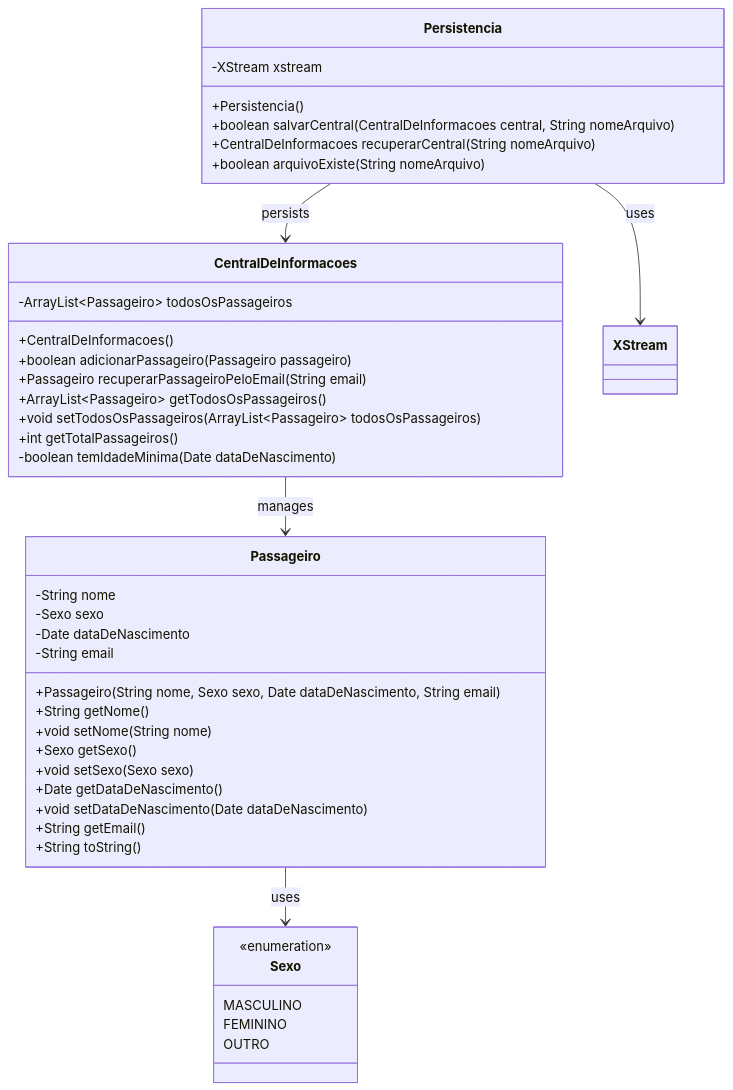
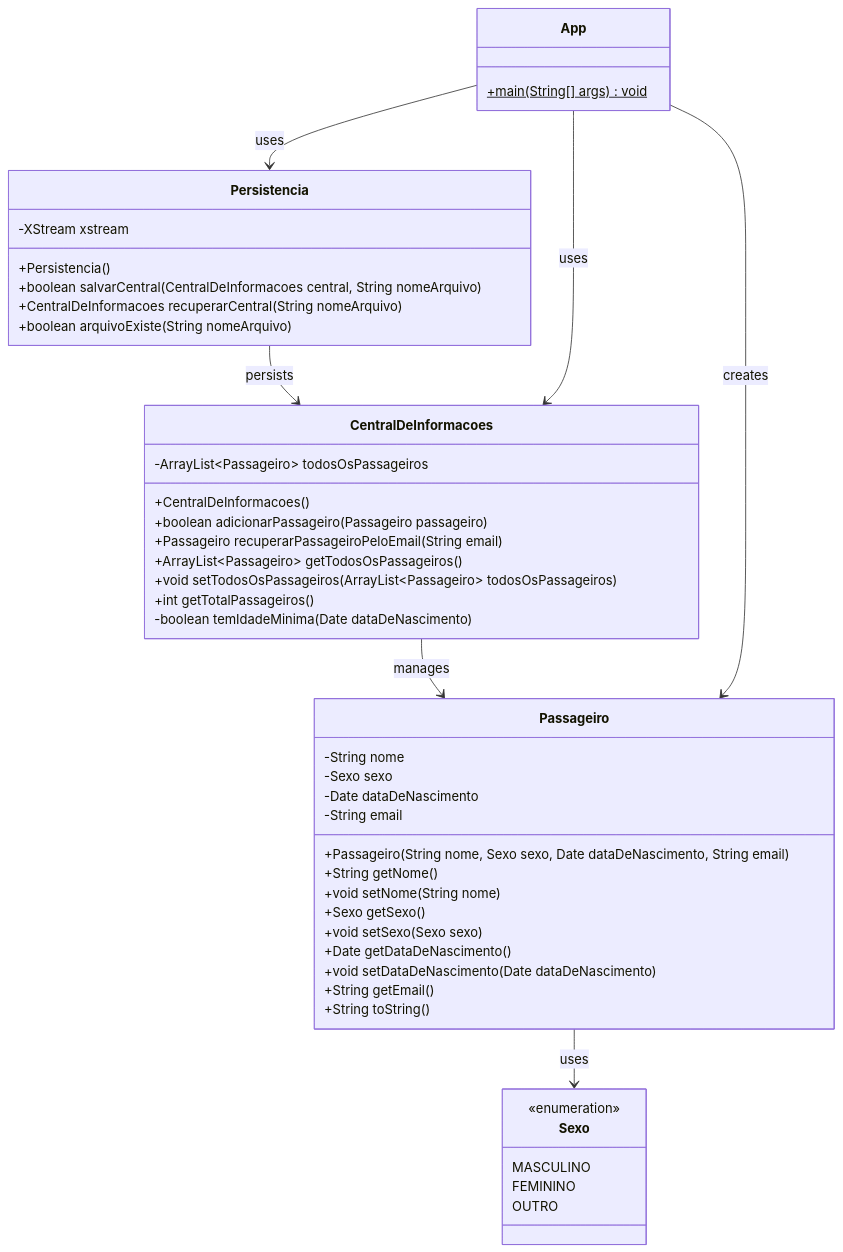
Before and after one commit to DEVigodE/ADS1232: the diagram in lista2/src/main/java/br/com/pucgo/exercicio3/diagrama-uml.mmd, drawn with Mermaid. The commit also changed 28 other files, not shown here.

```diff
--- a/lista2/src/main/java/br/com/pucgo/exercicio3/diagrama-uml.mmd
+++ b/lista2/src/main/java/br/com/pucgo/exercicio3/diagrama-uml.mmd
@@ -1,50 +1,56 @@
 classDiagram
     class Sexo {
         <<enumeration>>
         MASCULINO
         FEMININO
         OUTRO
     }
 
     class Passageiro {
         -String nome
         -Sexo sexo
         -Date dataDeNascimento
         -String email
 
         +Passageiro(String nome, Sexo sexo, Date dataDeNascimento, String email)
         +String getNome()
         +void setNome(String nome)
         +Sexo getSexo()
         +void setSexo(Sexo sexo)
         +Date getDataDeNascimento()
         +void setDataDeNascimento(Date dataDeNascimento)
         +String getEmail()
         +String toString()
     }
 
     class CentralDeInformacoes {
         -ArrayList~Passageiro~ todosOsPassageiros
 
         +CentralDeInformacoes()
         +boolean adicionarPassageiro(Passageiro passageiro)
         +Passageiro recuperarPassageiroPeloEmail(String email)
         +ArrayList~Passageiro~ getTodosOsPassageiros()
         +void setTodosOsPassageiros(ArrayList~Passageiro~ todosOsPassageiros)
         +int getTotalPassageiros()
         -boolean temIdadeMinima(Date dataDeNascimento)
     }
 
     class Persistencia {
         -XStream xstream
 
         +Persistencia()
         +boolean salvarCentral(CentralDeInformacoes central, String nomeArquivo)
         +CentralDeInformacoes recuperarCentral(String nomeArquivo)
         +boolean arquivoExiste(String nomeArquivo)
     }
 
+    class App {
+        +main(String[] args)$ void
+    }
+
     Passageiro --> Sexo : uses
     CentralDeInformacoes --> Passageiro : manages
     Persistencia --> CentralDeInformacoes : persists
-    Persistencia --> XStream : uses
+    App --> CentralDeInformacoes : uses
+    App --> Persistencia : uses
+    App --> Passageiro : creates
```
